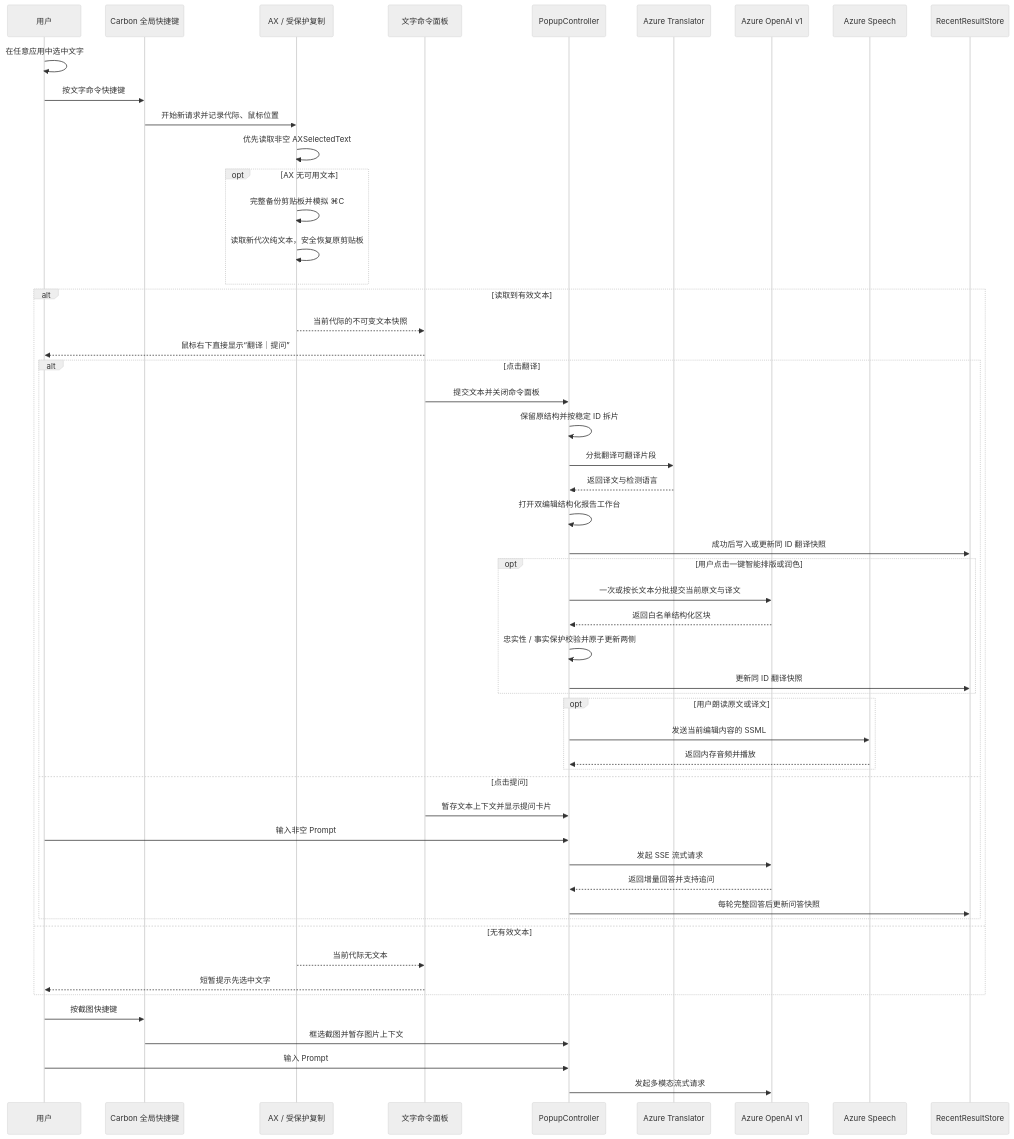
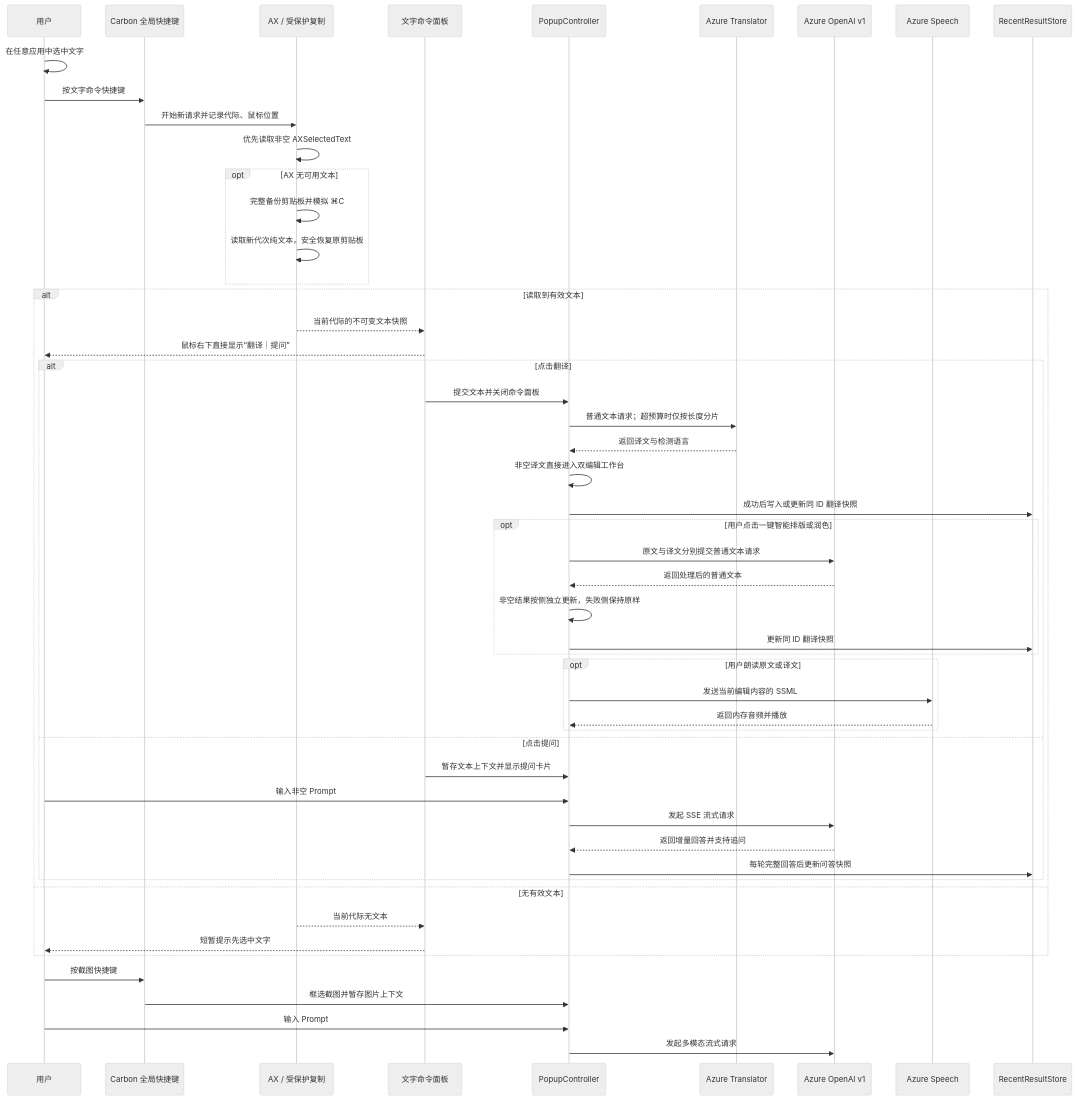
One commit to Sofiawuh/Glint changed the second of 2 diagrams in docs/architecture/overview.md. Above: the diagram before and after it, drawn with Mermaid (neutral theme). The commit also changed other lines of this file and 14 other files, not shown here.

Commit message:
fix: simplify personal translation flow

````diff
--- a/docs/architecture/overview.md
+++ b/docs/architecture/overview.md
@@ -53,57 +52,56 @@
 ```mermaid
 sequenceDiagram
     participant User as 用户
     participant HotKey as Carbon 全局快捷键
     participant Reader as AX / 受保护复制
     participant Panel as 文字命令面板
     participant Popup as PopupController
     participant Translator as Azure Translator
     participant GPT as Azure OpenAI v1
     participant Speech as Azure Speech
     participant History as RecentResultStore
 
     User->>User: 在任意应用中选中文字
     User->>HotKey: 按文字命令快捷键
     HotKey->>Reader: 开始新请求并记录代际、鼠标位置
     Reader->>Reader: 优先读取非空 AXSelectedText
     opt AX 无可用文本
         Reader->>Reader: 完整备份剪贴板并模拟 ⌘C
         Reader->>Reader: 读取新代次纯文本，安全恢复原剪贴板
     end
     alt 读取到有效文本
         Reader-->>Panel: 当前代际的不可变文本快照
         Panel-->>User: 鼠标右下直接显示“翻译｜提问”
         alt 点击翻译
             Panel->>Popup: 提交文本并关闭命令面板
-            Popup->>Popup: 保留原结构并按稳定 ID 拆片
-            Popup->>Translator: 分批翻译可翻译片段
+            Popup->>Translator: 普通文本请求；超预算时仅按长度分片
             Translator-->>Popup: 返回译文与检测语言
-            Popup->>Popup: 打开双编辑结构化报告工作台
+            Popup->>Popup: 非空译文直接进入双编辑工作台
             Popup->>History: 成功后写入或更新同 ID 翻译快照
             opt 用户点击一键智能排版或润色
-                Popup->>GPT: 一次或按长文本分批提交当前原文与译文
-                GPT-->>Popup: 返回白名单结构化区块
-                Popup->>Popup: 忠实性 / 事实保护校验并原子更新两侧
+                Popup->>GPT: 原文与译文分别提交普通文本请求
+                GPT-->>Popup: 返回处理后的普通文本
+                Popup->>Popup: 非空结果按侧独立更新，失败侧保持原样
                 Popup->>History: 更新同 ID 翻译快照
             end
             opt 用户朗读原文或译文
                 Popup->>Speech: 发送当前编辑内容的 SSML
                 Speech-->>Popup: 返回内存音频并播放
             end
         else 点击提问
             Panel->>Popup: 暂存文本上下文并显示提问卡片
             User->>Popup: 输入非空 Prompt
             Popup->>GPT: 发起 SSE 流式请求
             GPT-->>Popup: 返回增量回答并支持追问
             Popup->>History: 每轮完整回答后更新问答快照
         end
     else 无有效文本
         Reader-->>Panel: 当前代际无文本
         Panel-->>User: 短暂提示先选中文字
     end
 
     User->>HotKey: 按截图快捷键
     HotKey->>Popup: 框选截图并暂存图片上下文
     User->>Popup: 输入 Prompt
     Popup->>GPT: 发起多模态流式请求
 ```
````
